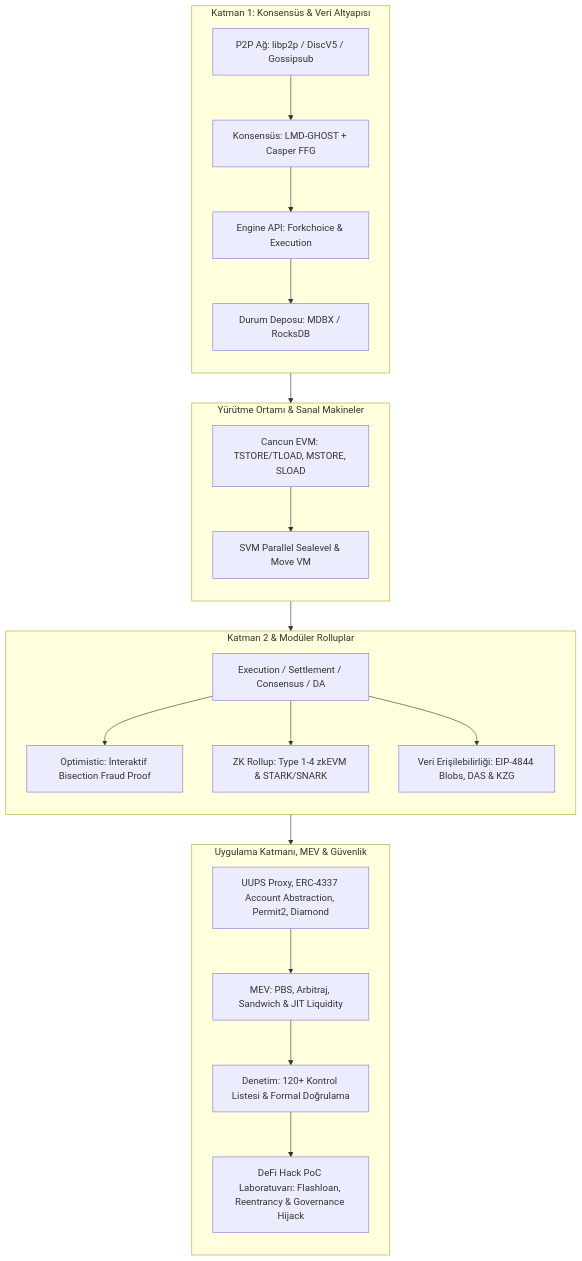
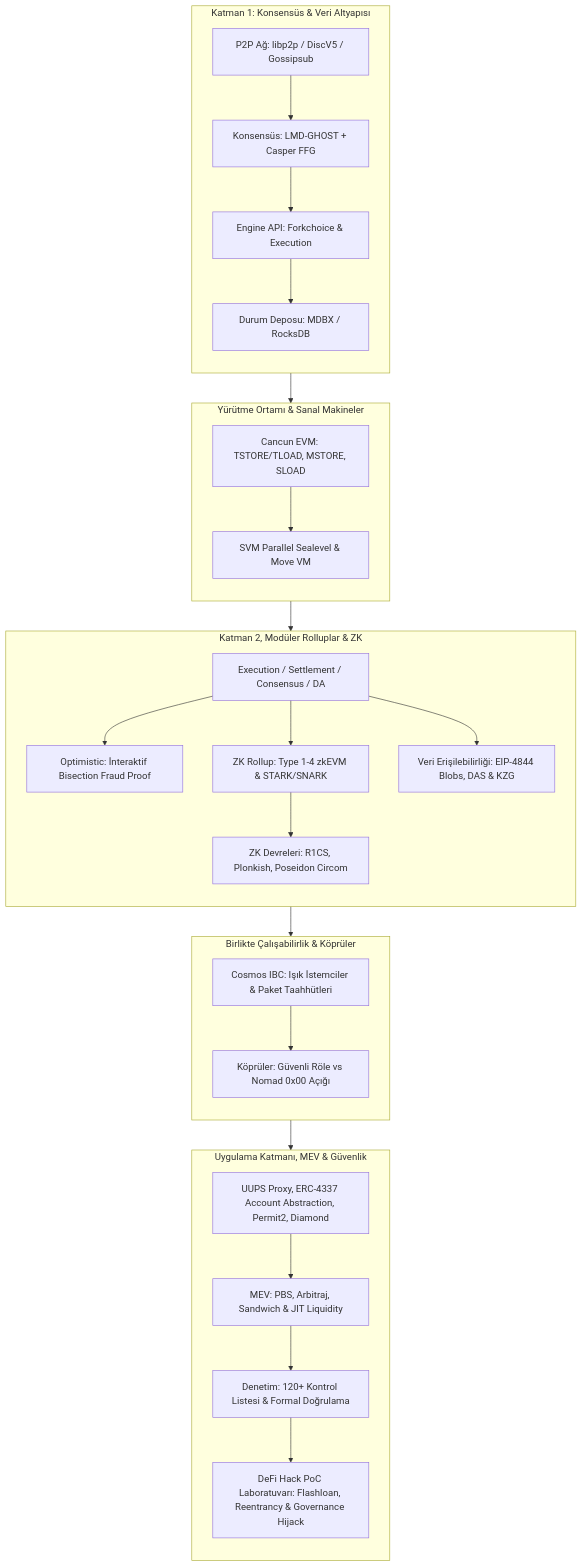
One commit to bahattinyunus/Ultimate-Blockchain-Protocol-Engineering-Compendium changed the diagram in README.md. Above: the diagram before and after it, drawn with Mermaid. The commit also changed other lines of this file and 8 other files, not shown here.

First line of the commit message:
feat: add Cross-Chain Bridges, ZK Circuit Arithmetization, CI/CD, and Signature Replay PoC

````diff
--- a/README.md
+++ b/README.md
@@ -16,31 +17,38 @@
 ```mermaid
 flowchart TB
     subgraph L1_Consensus [Katman 1: Konsensüs & Veri Altyapısı]
         direction TB
         P2P[P2P Ağ: libp2p / DiscV5 / Gossipsub] --> Gasper[Konsensüs: LMD-GHOST + Casper FFG]
         Gasper --> EngineAPI[Engine API: Forkchoice & Execution]
         EngineAPI --> StateStorage[Durum Deposu: MDBX / RocksDB]
     end
 
     subgraph EVM_Execution [Yürütme Ortamı & Sanal Makineler]
         direction TB
         StateStorage --> EVM[Cancun EVM: TSTORE/TLOAD, MSTORE, SLOAD]
         EVM --> VM_Compare[SVM Parallel Sealevel & Move VM]
     end
 
-    subgraph L2_Modular [Katman 2 & Modüler Rolluplar]
+    subgraph L2_Modular [Katman 2, Modüler Rolluplar & ZK]
         direction TB
         EVM --> RollupArch[Execution / Settlement / Consensus / DA]
         RollupArch --> FraudProof[Optimistic: İnteraktif Bisection Fraud Proof]
         RollupArch --> ZKProof[ZK Rollup: Type 1-4 zkEVM & STARK/SNARK]
         RollupArch --> EIP4844[Veri Erişilebilirliği: EIP-4844 Blobs, DAS & KZG]
+        ZKProof --> ZKCircuits[ZK Devreleri: R1CS, Plonkish, Poseidon Circom]
+    end
+
+    subgraph CrossChain_Interop [Birlikte Çalışabilirlik & Köprüler]
+        direction TB
+        RollupArch --> IBC[Cosmos IBC: Işık İstemciler & Paket Taahhütleri]
+        IBC --> Bridges[Köprüler: Güvenli Röle vs Nomad 0x00 Açığı]
     end
 
     subgraph App_Security [Uygulama Katmanı, MEV & Güvenlik]
         direction TB
-        EIP4844 --> SmartContracts[UUPS Proxy, ERC-4337 Account Abstraction, Permit2, Diamond]
+        Bridges --> SmartContracts[UUPS Proxy, ERC-4337 Account Abstraction, Permit2, Diamond]
         SmartContracts --> MEV[MEV: PBS, Arbitraj, Sandwich & JIT Liquidity]
         MEV --> Audit[Denetim: 120+ Kontrol Listesi & Formal Doğrulama]
         Audit --> PoCLab[DeFi Hack PoC Laboratuvarı: Flashloan, Reentrancy & Governance Hijack]
     end
 ```
````
